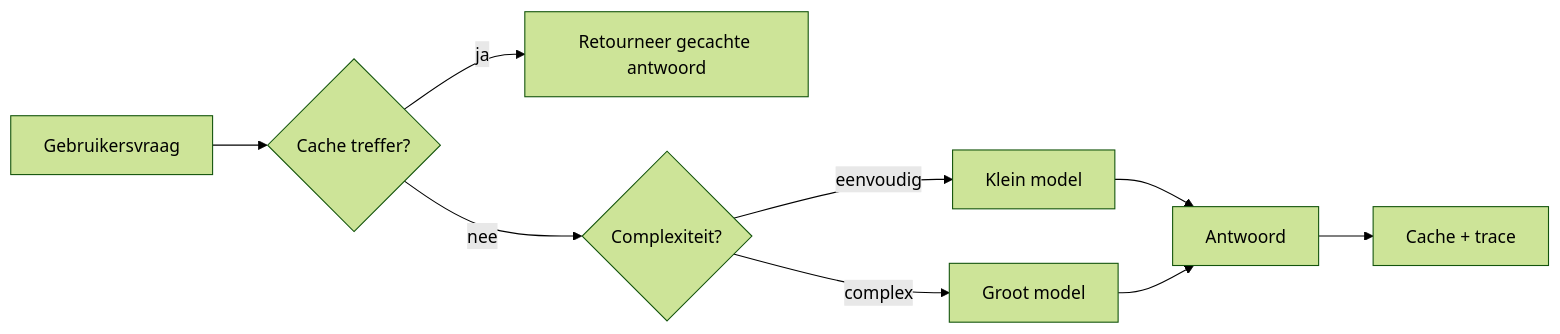
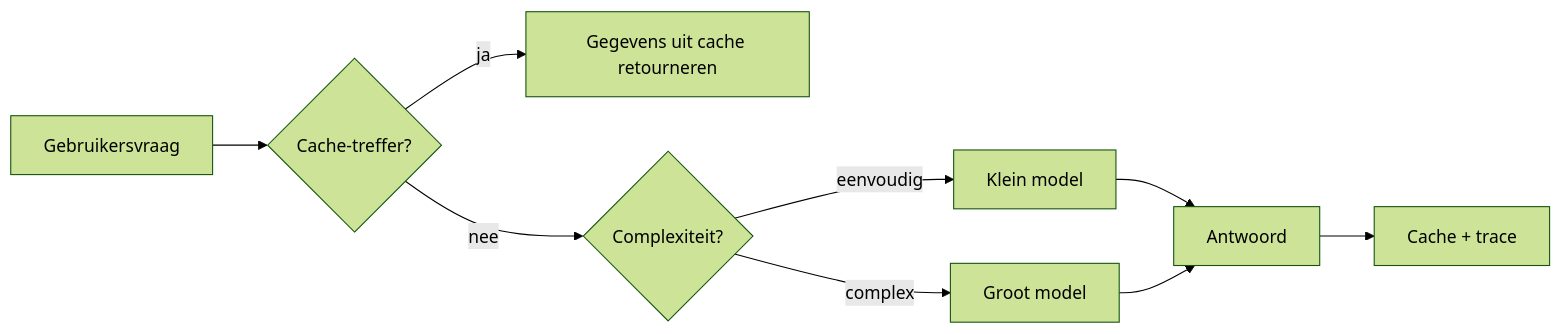
One commit to gabrielmoreira/agent-skills-mirror changed the third of 4 diagrams in mirrors/repos/microsoft@ai-agents-for-beginners/translations/nl/16-deploying-scalable-agents/README.md. Above: the diagram before and after it, drawn with Mermaid (forest theme). The commit also changed other lines of this file and 4262 other files, not shown here.

````diff
--- a/mirrors/repos/microsoft@ai-agents-for-beginners/translations/nl/16-deploying-scalable-agents/README.md
+++ b/mirrors/repos/microsoft@ai-agents-for-beginners/translations/nl/16-deploying-scalable-agents/README.md
@@ -134,11 +134,11 @@
 ```mermaid
 flowchart LR
-    Q[Gebruikersvraag] --> C{Cache treffer?}
-    C -->|ja| R[Retourneer gecachte antwoord]
+    Q[Gebruikersvraag] --> C{Cache-treffer?}
+    C -->|ja| R[Gegevens uit cache retourneren]
     C -->|nee| Router{Complexiteit?}
     Router -->|eenvoudig| SLM[Klein model]
     Router -->|complex| LLM[Groot model]
     SLM --> Out[Antwoord]
     LLM --> Out
     Out --> Store[Cache + trace]
 ```
````
